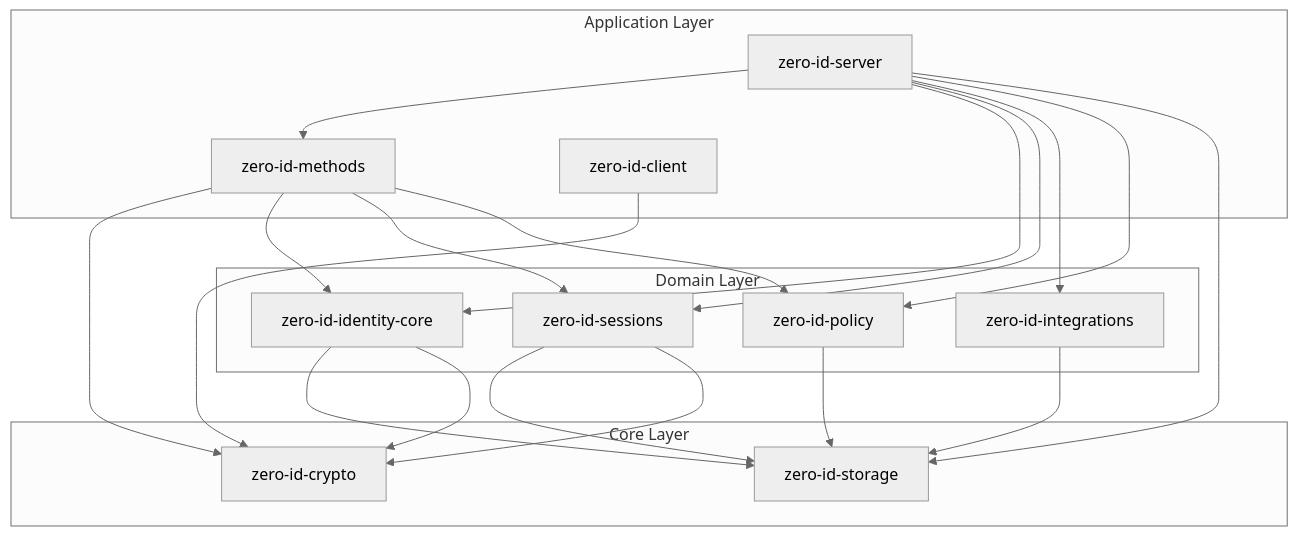
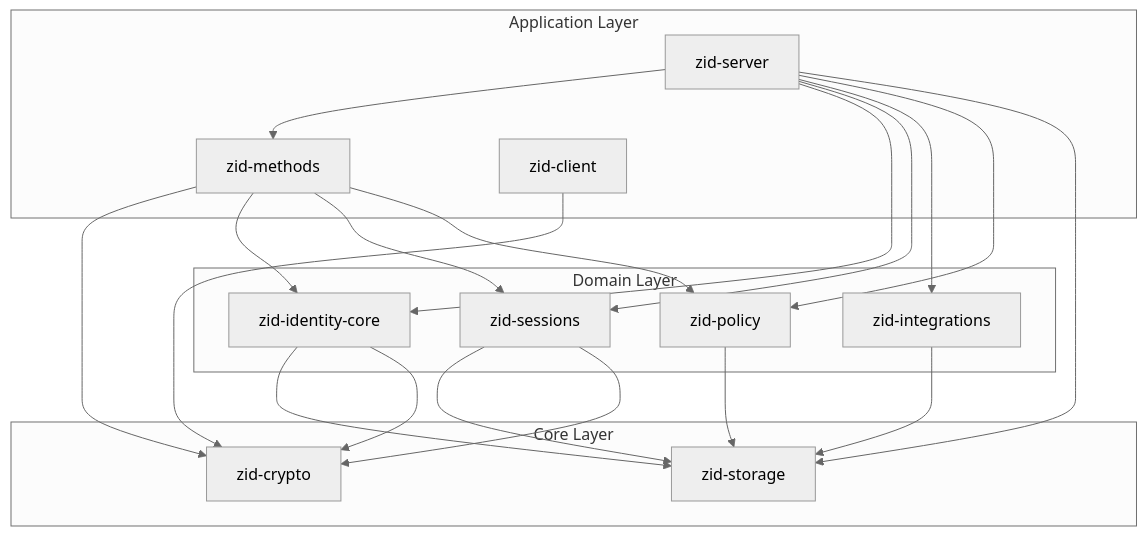
The second of 9 diagrams in docs/spec/v0.1/10-system-overview.md (cypher-asi/zero-auth), drawn with Mermaid (neutral theme) before and after one commit. The commit also changed other lines of this file and 240 other files, not shown here.

Commit message:
refactor: shorten crate names from zero-id-* to zid-* prefix

````diff
--- a/docs/spec/v0.1/10-system-overview.md
+++ b/docs/spec/v0.1/10-system-overview.md
@@ -83,45 +83,45 @@
 ```mermaid
 graph TD
     subgraph "Core Layer"
-        CRYPTO[zero-id-crypto]
-        STORAGE[zero-id-storage]
+        CRYPTO[zid-crypto]
+        STORAGE[zid-storage]
     end
 
     subgraph "Domain Layer"
-        POLICY[zero-id-policy]
-        IDENTITY[zero-id-identity-core]
-        INTEGRATIONS[zero-id-integrations]
-        SESSIONS[zero-id-sessions]
+        POLICY[zid-policy]
+        IDENTITY[zid-identity-core]
+        INTEGRATIONS[zid-integrations]
+        SESSIONS[zid-sessions]
     end
 
     subgraph "Application Layer"
-        METHODS[zero-id-methods]
-        SERVER[zero-id-server]
-        CLIENT[zero-id-client]
+        METHODS[zid-methods]
+        SERVER[zid-server]
+        CLIENT[zid-client]
     end
 
     %% Core has no internal deps
     
     %% Domain layer deps
     POLICY --> STORAGE
     IDENTITY --> STORAGE
     IDENTITY --> CRYPTO
     INTEGRATIONS --> STORAGE
     SESSIONS --> STORAGE
     SESSIONS --> CRYPTO
     
     %% Application layer deps
     METHODS --> CRYPTO
     METHODS --> IDENTITY
     METHODS --> SESSIONS
     METHODS --> POLICY
     
     SERVER --> METHODS
     SERVER --> IDENTITY
     SERVER --> SESSIONS
     SERVER --> INTEGRATIONS
     SERVER --> POLICY
     SERVER --> STORAGE
     
     CLIENT --> CRYPTO
 ```
````
